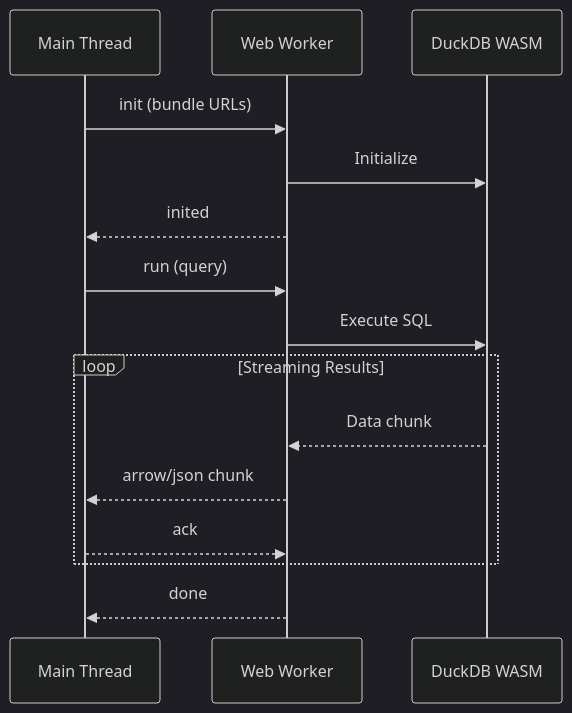
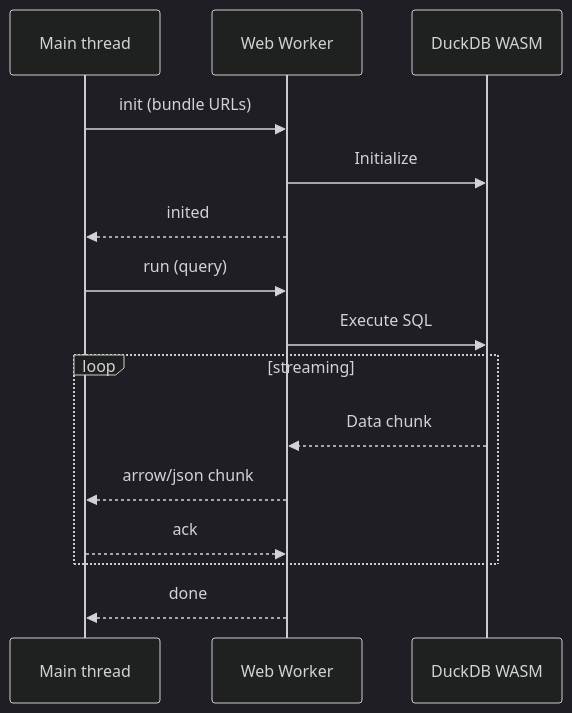
One commit to hfmsio/dbxlite changed the third of 9 diagrams in docs/ARCHITECTURE.md. Above: the diagram before and after it, drawn with Mermaid (dark theme). The commit also changed other lines of this file and 154 other files, not shown here.

````diff
--- a/docs/ARCHITECTURE.md
+++ b/docs/ARCHITECTURE.md
@@ -440,21 +124,19 @@
 ```mermaid
 sequenceDiagram
-    participant Main as Main Thread
+    participant Main as Main thread
     participant Worker as Web Worker
     participant DB as DuckDB WASM
 
     Main->>Worker: init (bundle URLs)
     Worker->>DB: Initialize
     Worker-->>Main: inited
 
     Main->>Worker: run (query)
     Worker->>DB: Execute SQL
-
-    loop Streaming Results
+    loop streaming
         DB-->>Worker: Data chunk
         Worker-->>Main: arrow/json chunk
         Main-->>Worker: ack
     end
-
     Worker-->>Main: done
 ```
````
